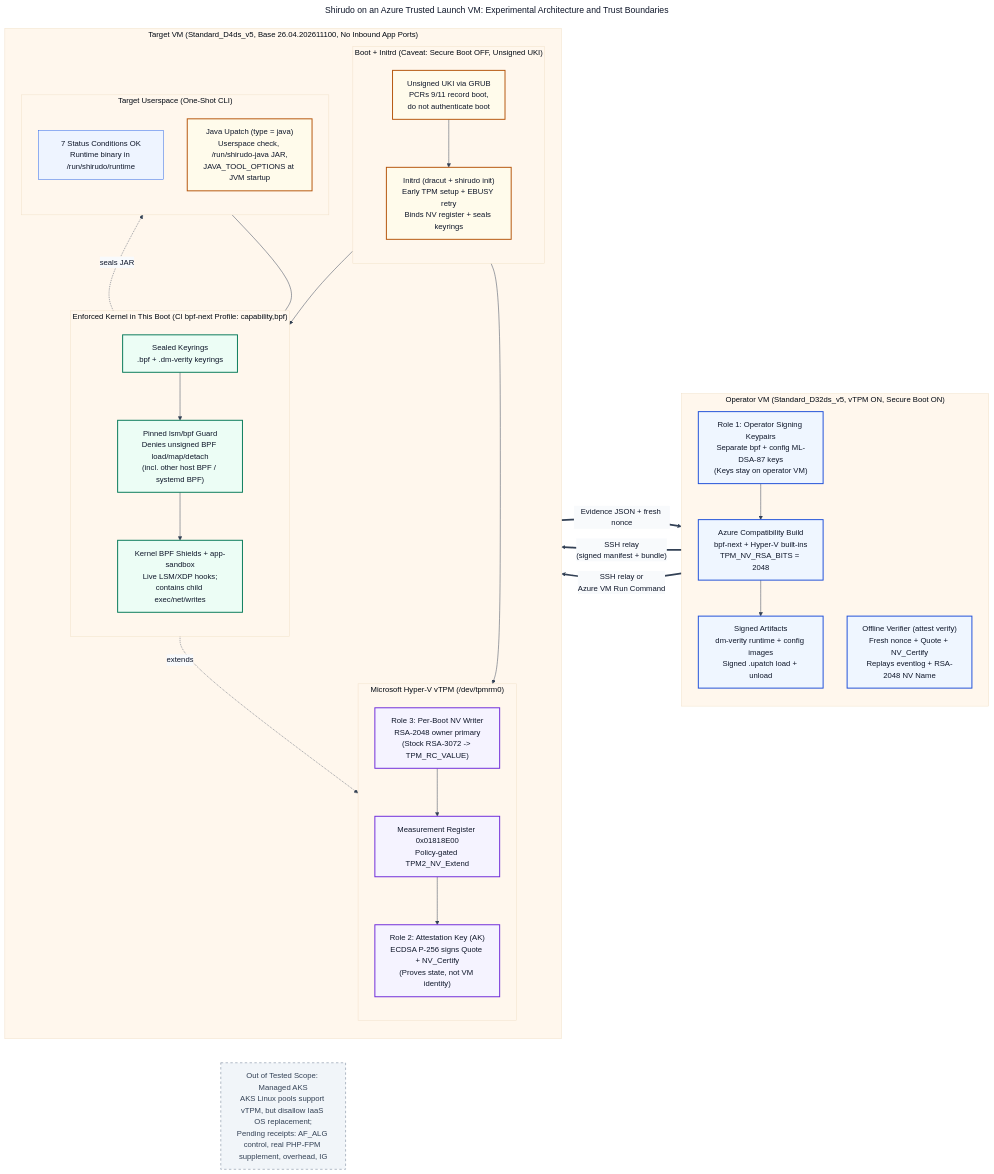
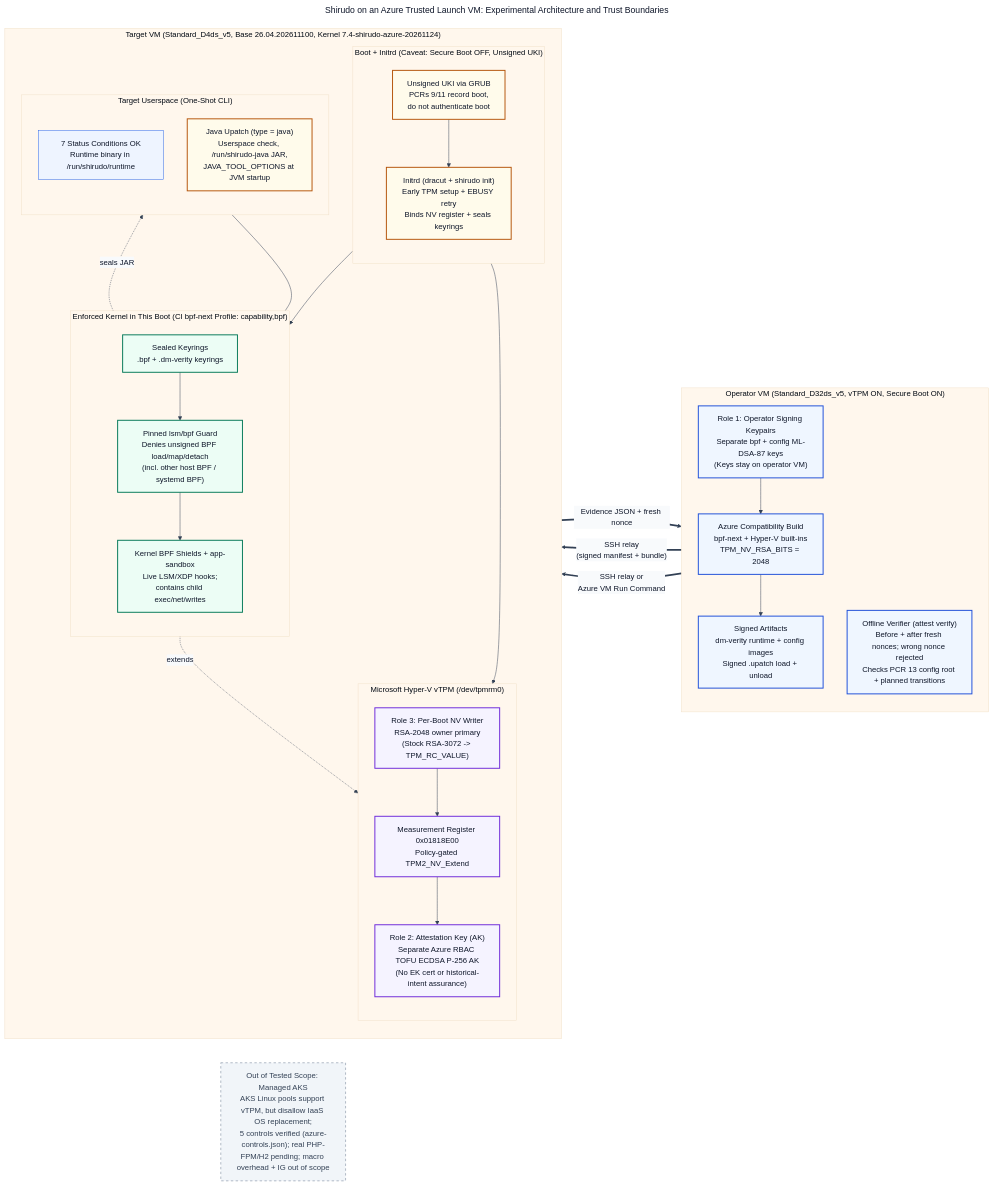
Before and after one commit to johnsonshi/shirudo-on-azure: the diagram in docs/figures/shirudo-azure-trust-boundary.mmd, drawn with Mermaid. The commit also changed 4 other files, not shown here.

```diff
--- a/docs/figures/shirudo-azure-trust-boundary.mmd
+++ b/docs/figures/shirudo-azure-trust-boundary.mmd
@@ -1,81 +1,81 @@
 ---
 title: "Shirudo on an Azure Trusted Launch VM: Experimental Architecture and Trust Boundaries"
 config:
   theme: base
   layout: dagre
   themeVariables:
     primaryColor: "#eef4ff"
     primaryTextColor: "#0f172a"
     primaryBorderColor: "#2563eb"
     lineColor: "#334155"
     secondaryColor: "#f8fafc"
     tertiaryColor: "#fff7ed"
 ---
 %% Editable Mermaid source for docs/figures/shirudo-azure-trust-boundary.svg
 %% Experimental Azure IaaS port (not official Azure support; managed AKS not tested).
 flowchart LR
     subgraph OP["Operator VM (Standard_D32ds_v5, vTPM ON, Secure Boot ON)"]
         direction TB
         OP_KEYS["Role 1: Operator Signing Keypairs<br/>Separate bpf + config ML-DSA-87 keys<br/>(Keys stay on operator VM)"]
         OP_BUILD["Azure Compatibility Build<br/>bpf-next + Hyper-V built-ins<br/>TPM_NV_RSA_BITS = 2048"]
         OP_ART["Signed Artifacts<br/>dm-verity runtime + config images<br/>Signed .upatch load + unload"]
-        OP_VER["Offline Verifier (attest verify)<br/>Fresh nonce + Quote + NV_Certify<br/>Replays eventlog + RSA-2048 NV Name"]
+        OP_VER["Offline Verifier (attest verify)<br/>Before + after fresh nonces; wrong nonce rejected<br/>Checks PCR 13 config root + planned transitions"]
         OP_KEYS --> OP_BUILD --> OP_ART
     end
 
-    subgraph TGT["Target VM (Standard_D4ds_v5, Base 26.04.202611100, No Inbound App Ports)"]
+    subgraph TGT["Target VM (Standard_D4ds_v5, Base 26.04.202611100, Kernel 7.4-shirudo-azure-20261124)"]
         direction TB
 
         subgraph BOOT["Boot + Initrd (Caveat: Secure Boot OFF, Unsigned UKI)"]
             direction TB
             UKI["Unsigned UKI via GRUB<br/>PCRs 9/11 record boot,<br/>do not authenticate boot"]
             INIT["Initrd (dracut + shirudo init)<br/>Early TPM setup + EBUSY retry<br/>Binds NV register + seals keyrings"]
             UKI --> INIT
         end
 
         subgraph KRN["Enforced Kernel in This Boot (CI bpf-next Profile: capability,bpf)"]
             direction TB
             KR["Sealed Keyrings<br/>.bpf + .dm-verity keyrings"]
             LSM["Pinned lsm/bpf Guard<br/>Denies unsigned BPF load/map/detach<br/>(incl. other host BPF / systemd BPF)"]
             BPF_SH["Kernel BPF Shields + app-sandbox<br/>Live LSM/XDP hooks;<br/>contains child exec/net/writes"]
             KR --> LSM --> BPF_SH
         end
 
         subgraph USR["Target Userspace (One-Shot CLI)"]
             direction TB
             STATUS["7 Status Conditions OK<br/>Runtime binary in /run/shirudo/runtime"]
             JAVA_SH["Java Upatch (type = java)<br/>Userspace check, /run/shirudo-java JAR,<br/>JAVA_TOOL_OPTIONS at JVM startup"]
         end
 
         subgraph VTPM["Microsoft Hyper-V vTPM (/dev/tpmrm0)"]
             direction TB
             NVW["Role 3: Per-Boot NV Writer<br/>RSA-2048 owner primary<br/>(Stock RSA-3072 -> TPM_RC_VALUE)"]
             REG["Measurement Register 0x01818E00<br/>Policy-gated TPM2_NV_Extend"]
-            AK["Role 2: Attestation Key (AK)<br/>ECDSA P-256 signs Quote + NV_Certify<br/>(Proves state, not VM identity)"]
+            AK["Role 2: Attestation Key (AK)<br/>Separate Azure RBAC TOFU ECDSA P-256 AK<br/>(No EK cert or historical-intent assurance)"]
             NVW --> REG --> AK
         end
 
         INIT --> KR
         INIT --> NVW
         LSM -. "extends" .-> NVW
         LSM -. "seals JAR" .-> JAVA_SH
         STATUS --- LSM
     end
 
-    OUT_SCOPE["Out of Tested Scope: Managed AKS<br/>AKS Linux pools support vTPM, but disallow IaaS OS replacement;<br/>Pending receipts: AF_ALG control, real PHP-FPM supplement, overhead, IG"]
+    OUT_SCOPE["Out of Tested Scope: Managed AKS<br/>AKS Linux pools support vTPM, but disallow IaaS OS replacement;<br/>5 controls verified (azure-controls.json); real PHP-FPM/H2 pending; macro overhead + IG out of scope"]
 
     OP_ART ==>|"SSH relay<br/>(signed manifest + bundle)"| INIT
     OP_ART ==>|"SSH relay or<br/>Azure VM Run Command"| LSM
     AK ==>|"Evidence JSON + fresh nonce"| OP_VER
 
     classDef operatorBox fill:#eff6ff,stroke:#1d4ed8,stroke-width:2px,color:#0f172a
     classDef kernelBox fill:#ecfdf5,stroke:#047857,stroke-width:2px,color:#0f172a
     classDef caveatBox fill:#fffbeb,stroke:#b45309,stroke-width:2px,color:#0f172a
     classDef vtpmBox fill:#f5f3ff,stroke:#6d28d9,stroke-width:2px,color:#0f172a
     classDef scopeBox fill:#f1f5f9,stroke:#64748b,stroke-dasharray: 5 5,color:#334155
 
     class OP_KEYS,OP_BUILD,OP_ART,OP_VER operatorBox
     class KR,LSM,BPF_SH kernelBox
     class UKI,INIT,JAVA_SH caveatBox
     class NVW,REG,AK vtpmBox
     class OUT_SCOPE scopeBox
```
